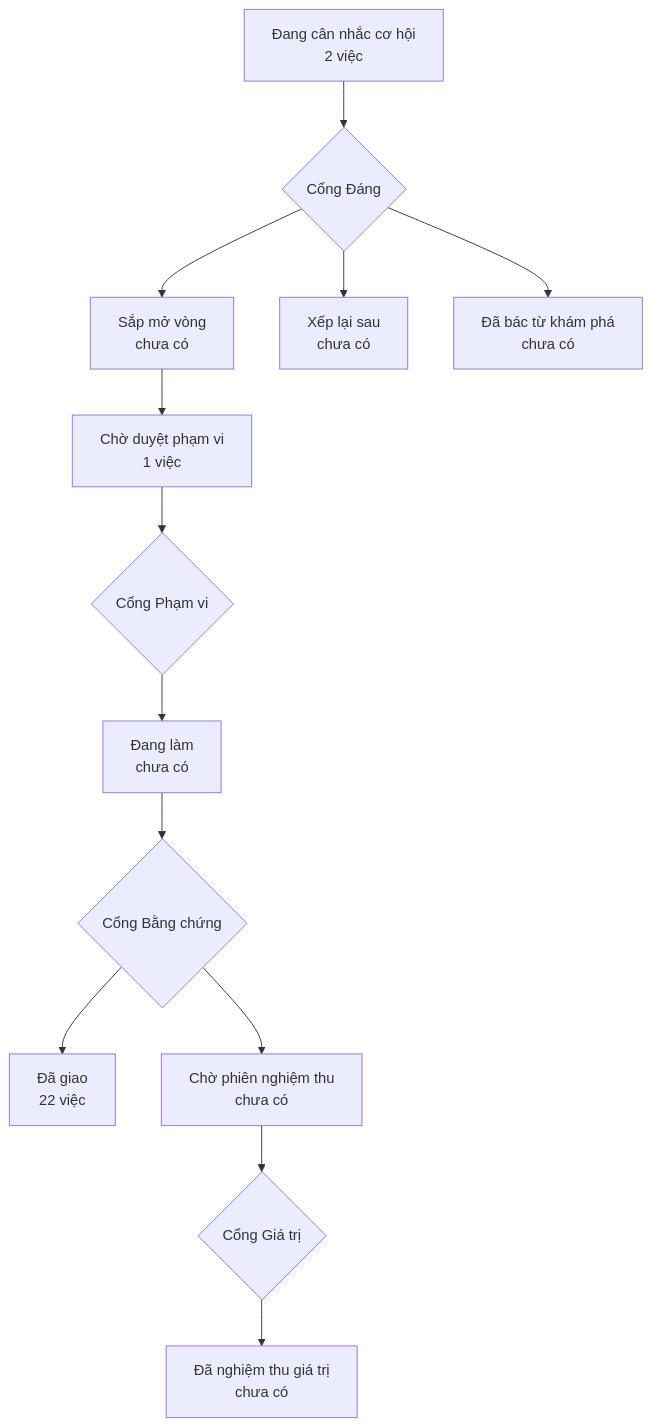
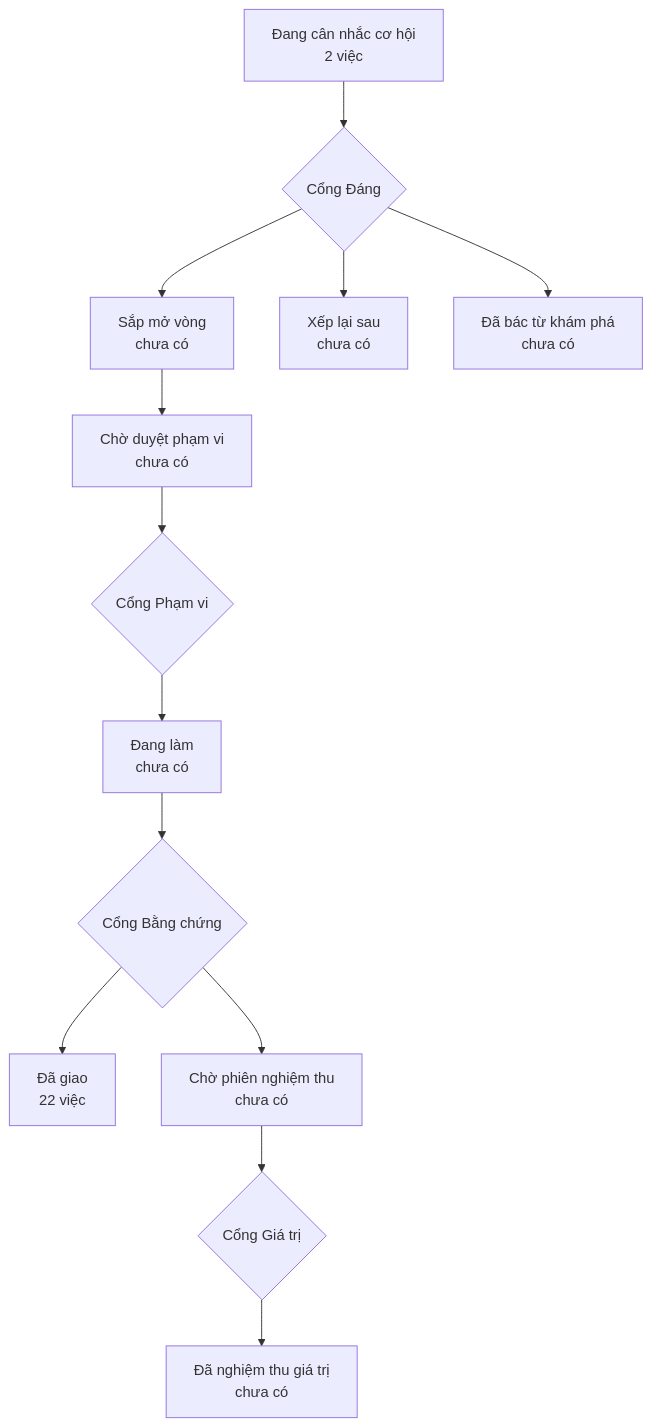
One commit to phanlemanh/OneFlow changed the diagram in PRODUCT-MAP.md. Above: the diagram before and after it, drawn with Mermaid. The commit also changed other lines of this file, not shown here.

````diff
--- a/PRODUCT-MAP.md
+++ b/PRODUCT-MAP.md
@@ -6,12 +6,12 @@
 ```mermaid
 flowchart TD
   A["Đang cân nhắc cơ hội<br/>2 việc"] --> GD{"Cổng Đáng"}
   GD --> B["Sắp mở vòng<br/>chưa có"]
   GD --> XL["Xếp lại sau<br/>chưa có"]
   GD --> DB["Đã bác từ khám phá<br/>chưa có"]
-  B --> CD["Chờ duyệt phạm vi<br/>1 việc"] --> GP{"Cổng Phạm vi"}
+  B --> CD["Chờ duyệt phạm vi<br/>chưa có"] --> GP{"Cổng Phạm vi"}
   GP --> DL["Đang làm<br/>chưa có"] --> GB{"Cổng Bằng chứng"}
   GB --> DG["Đã giao<br/>22 việc"]
   GB --> CN["Chờ phiên nghiệm thu<br/>chưa có"] --> GG{"Cổng Giá trị"}
   GG --> NT["Đã nghiệm thu giá trị<br/>chưa có"]
 ```
````
